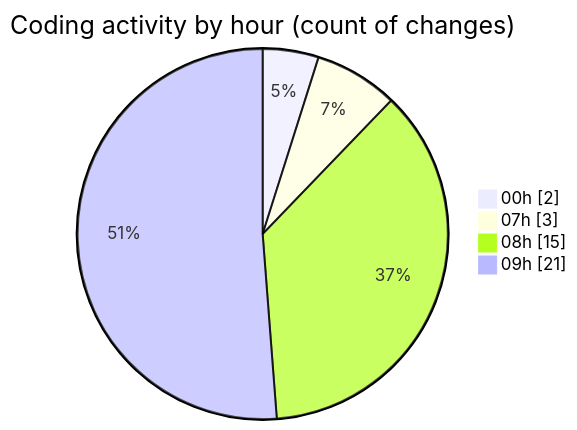
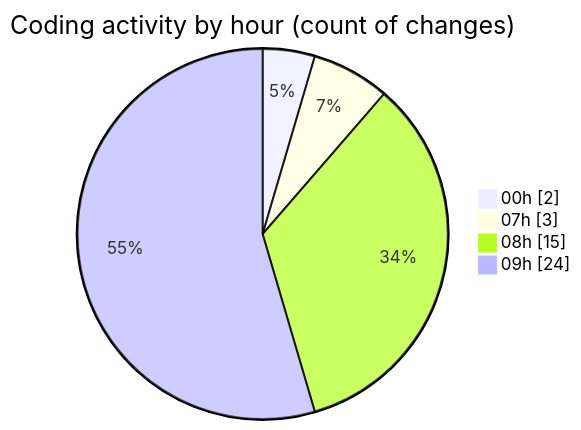
The second of 2 diagrams in 2025-02-10/maps_clone/README.md (donsfak/code-tracking), drawn with Mermaid before and after one commit. The commit also changed other lines of this file and 1 other file, not shown here.

````diff
--- a/2025-02-10/maps_clone/README.md
+++ b/2025-02-10/maps_clone/README.md
@@ -38,8 +38,8 @@
 ```mermaid
 pie showData
 title Coding activity by hour (count of changes)
 "00h" : 2
 "07h" : 3
 "08h" : 15
-"09h" : 21
+"09h" : 24
 ```
````
